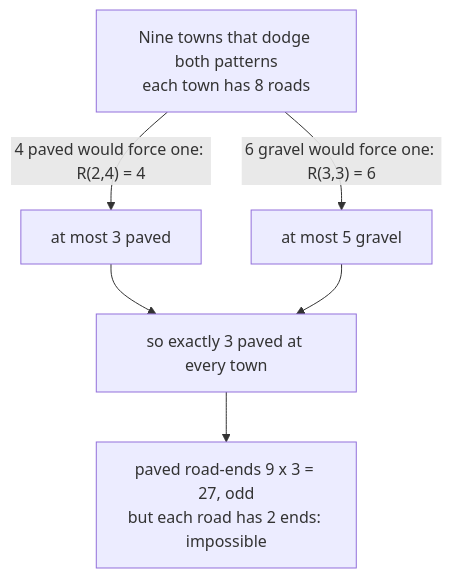
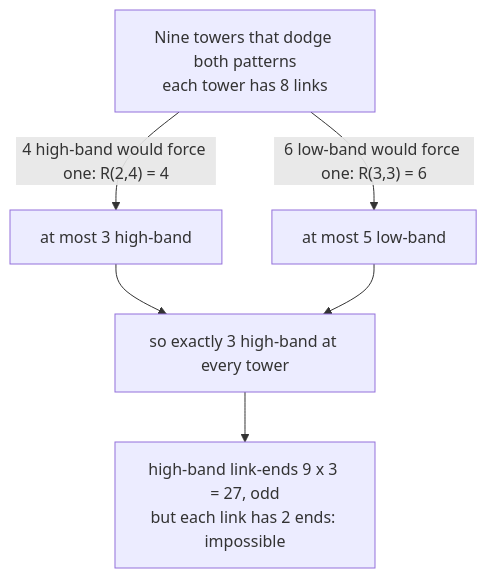
The second of 2 diagrams in Cards/04-Combinatorics and graphs/14-Ramsey and Extremal, in Outline/02-ramsey-numbers.md (wappy-x/Mathematics), drawn with Mermaid before and after one commit. The commit also changed other lines of this file and 20 other files, not shown here.

````diff
--- a/Cards/04-Combinatorics and graphs/14-Ramsey and Extremal, in Outline/02-ramsey-numbers.md
+++ b/Cards/04-Combinatorics and graphs/14-Ramsey and Extremal, in Outline/02-ramsey-numbers.md
@@ -99,9 +99,9 @@
 ```mermaid
 flowchart TB
-    A["Nine towns that dodge both patterns<br/>each town has 8 roads"]
-    A -->|"4 paved would force one: R(2,4) = 4"| B["at most 3 paved"]
-    A -->|"6 gravel would force one: R(3,3) = 6"| C["at most 5 gravel"]
-    B --> D["so exactly 3 paved at every town"]
+    A["Nine towers that dodge both patterns<br/>each tower has 8 links"]
+    A -->|"4 high-band would force one: R(2,4) = 4"| B["at most 3 high-band"]
+    A -->|"6 low-band would force one: R(3,3) = 6"| C["at most 5 low-band"]
+    B --> D["so exactly 3 high-band at every tower"]
     C --> D
-    D --> E["paved road-ends 9 x 3 = 27, odd<br/>but each road has 2 ends: impossible"]
+    D --> E["high-band link-ends 9 x 3 = 27, odd<br/>but each link has 2 ends: impossible"]
 ```
````
